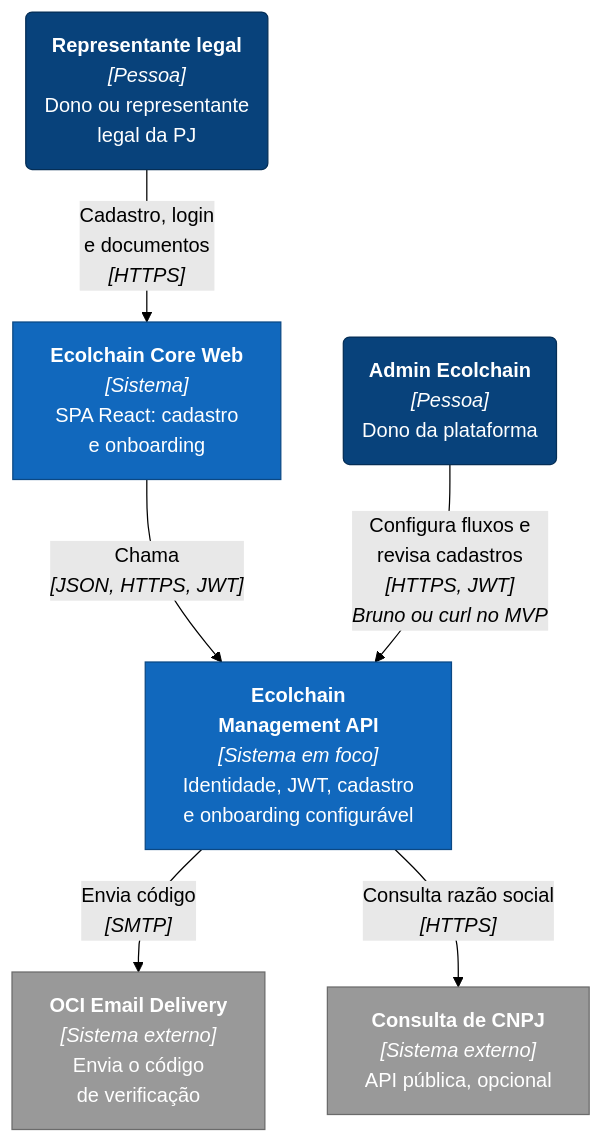
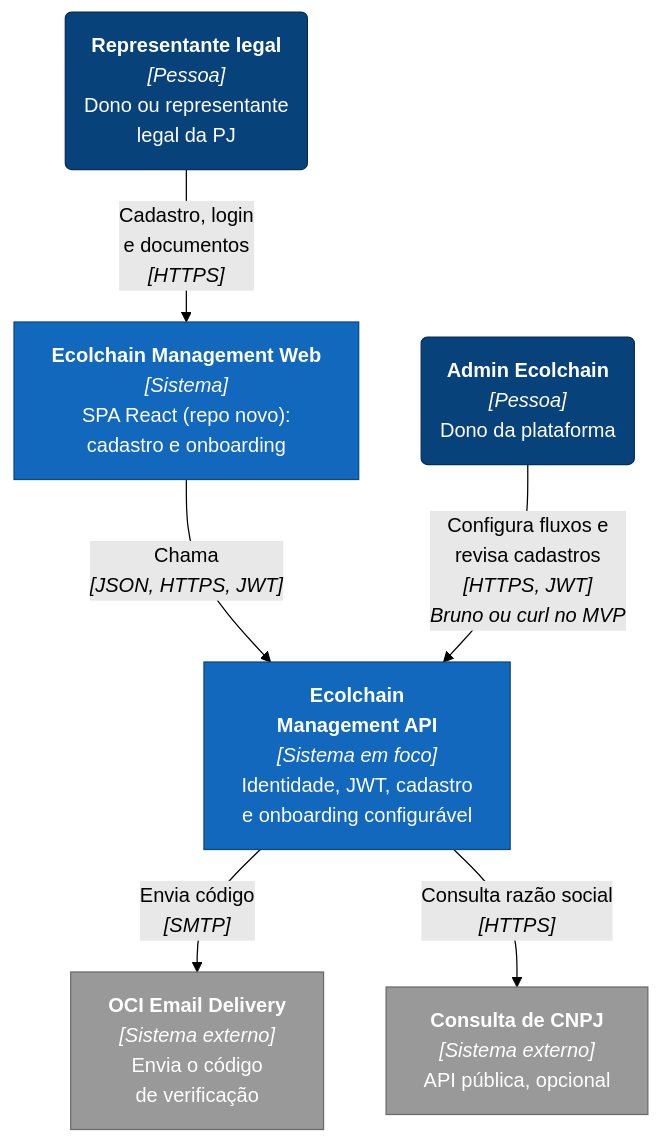
Before and after one commit to ECOLchain/ecolchain-management-api: the first of 8 diagrams in docs/proposta-auth-onboarding.md, drawn with Mermaid (forest theme). The commit also changed other lines of this file and 5 other files, not shown here.

````diff
--- a/docs/proposta-auth-onboarding.md
+++ b/docs/proposta-auth-onboarding.md
@@ -84,22 +117,22 @@
 ```mermaid
 %%{init: {"flowchart": {"wrappingWidth": 360}}}%%
 flowchart TB
     classDef person fill:#08427b,stroke:#052e56,color:#ffffff
     classDef system fill:#1168bd,stroke:#0b4884,color:#ffffff
     classDef ext fill:#999999,stroke:#6b6b6b,color:#ffffff
 
     owner("<b>Representante legal</b><br/><i>[Pessoa]</i><br/>Dono ou representante<br/>legal da PJ"):::person
     admin("<b>Admin Ecolchain</b><br/><i>[Pessoa]</i><br/>Dono da plataforma"):::person
 
-    web["<b>Ecolchain Core Web</b><br/><i>[Sistema]</i><br/>SPA React: cadastro<br/>e onboarding"]:::system
+    web["<b>Ecolchain Management Web</b><br/><i>[Sistema]</i><br/>SPA React (repo novo):<br/>cadastro e onboarding"]:::system
     api["<b>Ecolchain<br/>Management API</b><br/><i>[Sistema em foco]</i><br/>Identidade, JWT, cadastro<br/>e onboarding configurável"]:::system
 
     mail["<b>OCI Email Delivery</b><br/><i>[Sistema externo]</i><br/>Envia o código<br/>de verificação"]:::ext
     cnpj["<b>Consulta de CNPJ</b><br/><i>[Sistema externo]</i><br/>API pública, opcional"]:::ext
 
     owner -->|"Cadastro, login<br/>e documentos<br/><i>[HTTPS]</i>"| web
     web -->|"Chama<br/><i>[JSON, HTTPS, JWT]</i>"| api
     admin -->|"Configura fluxos e<br/>revisa cadastros<br/><i>[HTTPS, JWT]</i><br/><i>Bruno ou curl no MVP</i>"| api
     api -->|"Envia código<br/><i>[SMTP]</i>"| mail
     api -->|"Consulta razão social<br/><i>[HTTPS]</i>"| cnpj
 ```
````
